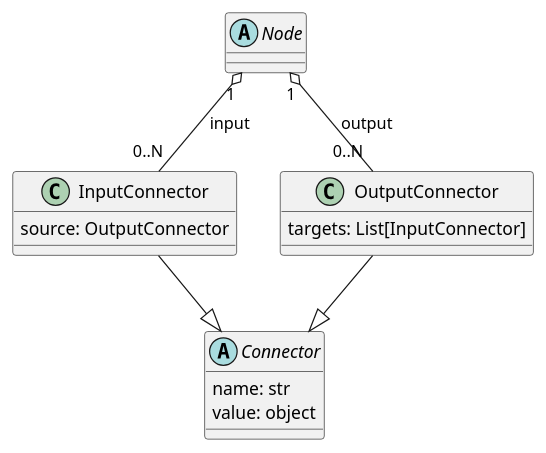
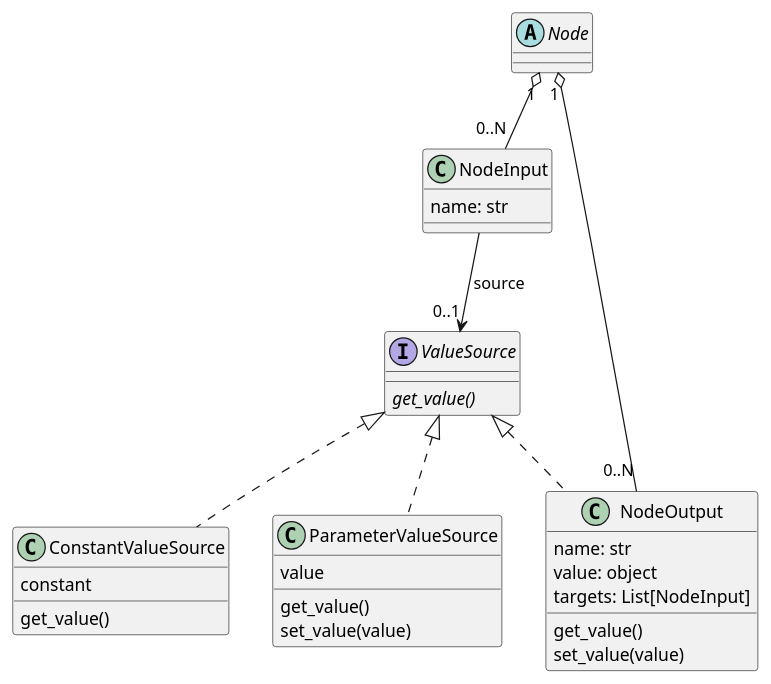
Before and after one commit to CCI-Tools/cate: the diagram in doc/source/uml/node.puml, drawn with PlantUML. The commit also changed 2 other files, not shown here.

Commit message:
improved workflow design so we can have different value sources

```diff
--- a/doc/source/uml/node.puml
+++ b/doc/source/uml/node.puml
@@ -1,23 +1,39 @@
 @startuml
 
-abstract Connector {
+interface ValueSource {
+    {abstract} get_value()
+}
+
+class ConstantValueSource implements ValueSource {
+    constant
+    get_value()
+}
+
+class ParameterValueSource implements ValueSource {
+    value
+    get_value()
+    set_value(value)
+}
+
+class NodeInput {
+    name: str
+}
+
+class NodeOutput implements ValueSource {
     name: str
     value: object
+    targets: List[NodeInput]
+    get_value()
+    set_value(value)
 }
 
-class InputConnector  {
-    source: OutputConnector
+
+abstract class Node {
 }
 
-class OutputConnector  {
-    targets: List[InputConnector]
-}
+Node "1" o-- "0..N" NodeInput
+Node "1" o-- "0..N" NodeOutput
 
-abstract Node {
-}
+NodeInput --> "0..1" ValueSource : source
 
-Node "1" o-- "0..N" InputConnector : input
-Node "1" o-- "0..N" OutputConnector : output
-InputConnector --|> Connector
-OutputConnector --|> Connector
 @enduml
```
